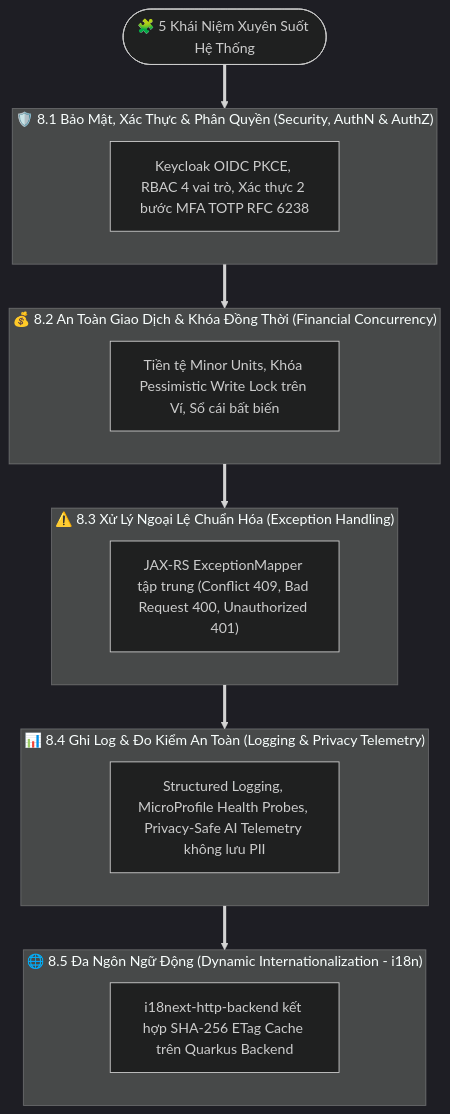
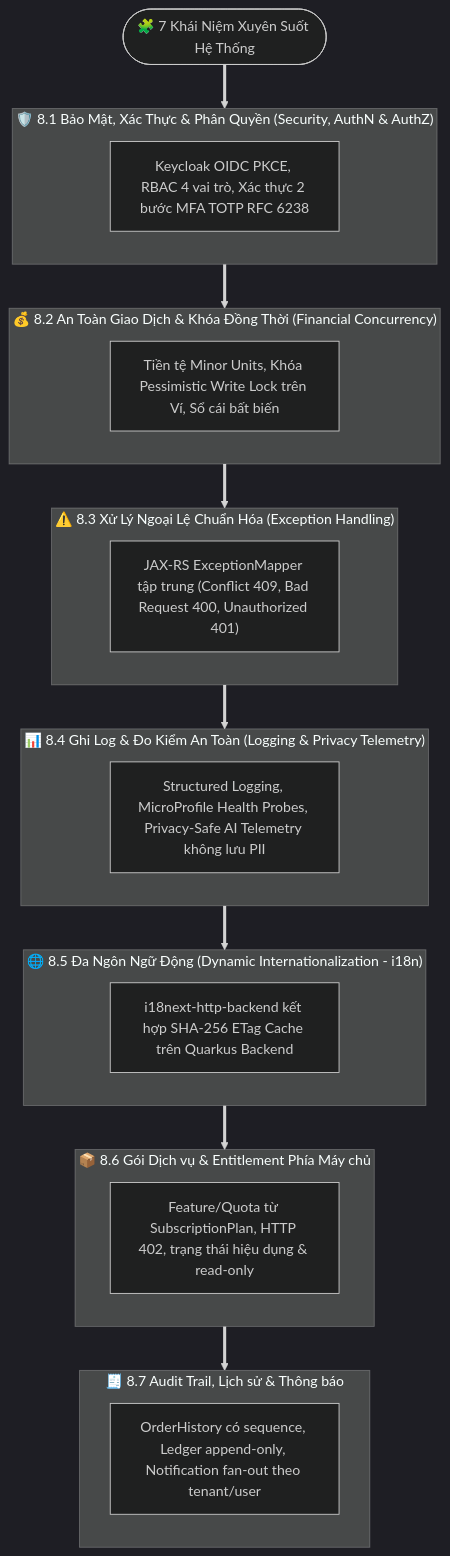
Before and after one commit to nhimtjofc/v-erp-lite: diagram 15 of 17 in docs/ARCHITECTURE_ARC42.md, drawn with Mermaid (dark theme). The commit also changed other lines of this file and 3 other files, not shown here.

````diff
--- a/docs/ARCHITECTURE_ARC42.md
+++ b/docs/ARCHITECTURE_ARC42.md
@@ -600,35 +754,47 @@
 ```mermaid
 flowchart TB
-    RootConcept(["🧩 5 Khái Niệm Xuyên Suốt Hệ Thống"])
+    RootConcept(["🧩 7 Khái Niệm Xuyên Suốt Hệ Thống"])
 
     subgraph C1 ["🛡️ 8.1 Bảo Mật, Xác Thực & Phân Quyền (Security, AuthN & AuthZ)"]
         direction TB
         C1_D["Keycloak OIDC PKCE, RBAC 4 vai trò, Xác thực 2 bước MFA TOTP RFC 6238"]
     end
 
     subgraph C2 ["💰 8.2 An Toàn Giao Dịch & Khóa Đồng Thời (Financial Concurrency)"]
         direction TB
         C2_D["Tiền tệ Minor Units, Khóa Pessimistic Write Lock trên Ví, Sổ cái bất biến"]
     end
 
     subgraph C3 ["⚠️ 8.3 Xử Lý Ngoại Lệ Chuẩn Hóa (Exception Handling)"]
         direction TB
         C3_D["JAX-RS ExceptionMapper tập trung (Conflict 409, Bad Request 400, Unauthorized 401)"]
     end
 
     subgraph C4 ["📊 8.4 Ghi Log & Đo Kiểm An Toàn (Logging & Privacy Telemetry)"]
         direction TB
         C4_D["Structured Logging, MicroProfile Health Probes, Privacy-Safe AI Telemetry không lưu PII"]
     end
 
     subgraph C5 ["🌐 8.5 Đa Ngôn Ngữ Động (Dynamic Internationalization - i18n)"]
         direction TB
         C5_D["i18next-http-backend kết hợp SHA-256 ETag Cache trên Quarkus Backend"]
     end
 
+    subgraph C6 ["📦 8.6 Gói Dịch vụ & Entitlement Phía Máy chủ"]
+        direction TB
+        C6_D["Feature/Quota từ SubscriptionPlan, HTTP 402, trạng thái hiệu dụng & read-only"]
+    end
+
+    subgraph C7 ["🧾 8.7 Audit Trail, Lịch sử & Thông báo"]
+        direction TB
+        C7_D["OrderHistory có sequence, Ledger append-only, Notification fan-out theo tenant/user"]
+    end
+
     RootConcept ==> C1
     C1 ==> C2
     C2 ==> C3
     C3 ==> C4
     C4 ==> C5
+    C5 ==> C6
+    C6 ==> C7
 ```
````
